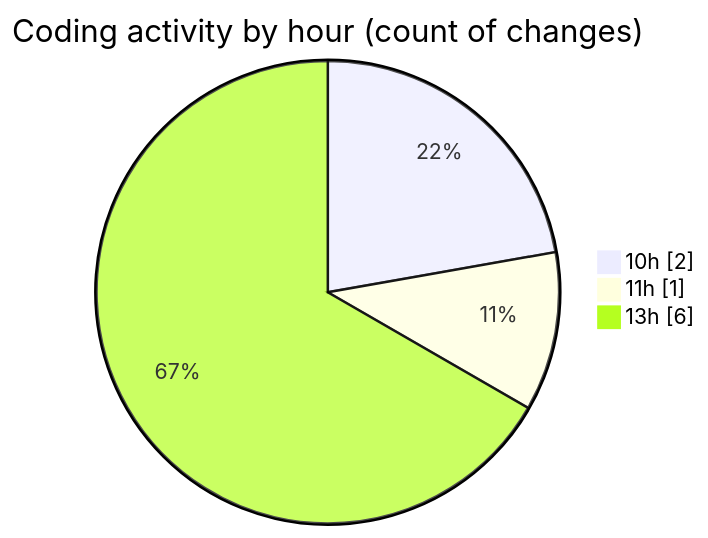
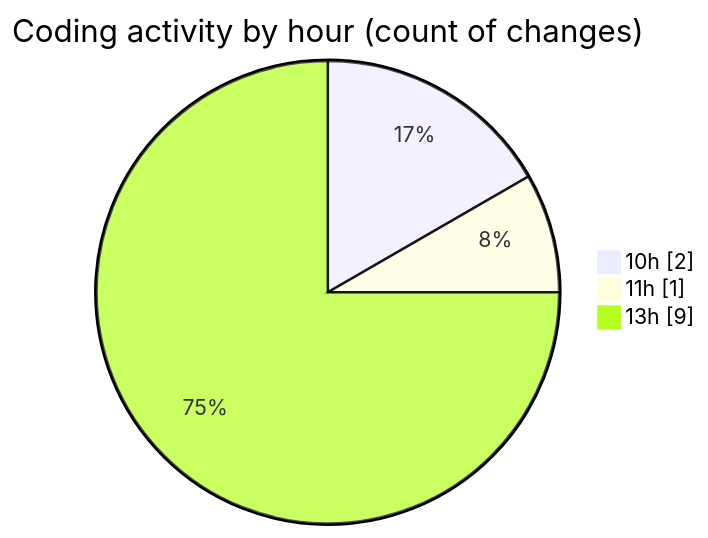
One commit to nxtqubesakshisongat/code-tracking changed the second of 2 diagrams in 2026-03-03/nxtqube_webapp/README.md. Above: the diagram before and after it, drawn with Mermaid. The commit also changed other lines of this file and 1 other file, not shown here.

````diff
--- a/2026-03-03/nxtqube_webapp/README.md
+++ b/2026-03-03/nxtqube_webapp/README.md
@@ -32,7 +33,7 @@
 ```mermaid
 pie showData
 title Coding activity by hour (count of changes)
 "10h" : 2
 "11h" : 1
-"13h" : 6
+"13h" : 9
 ```
````
